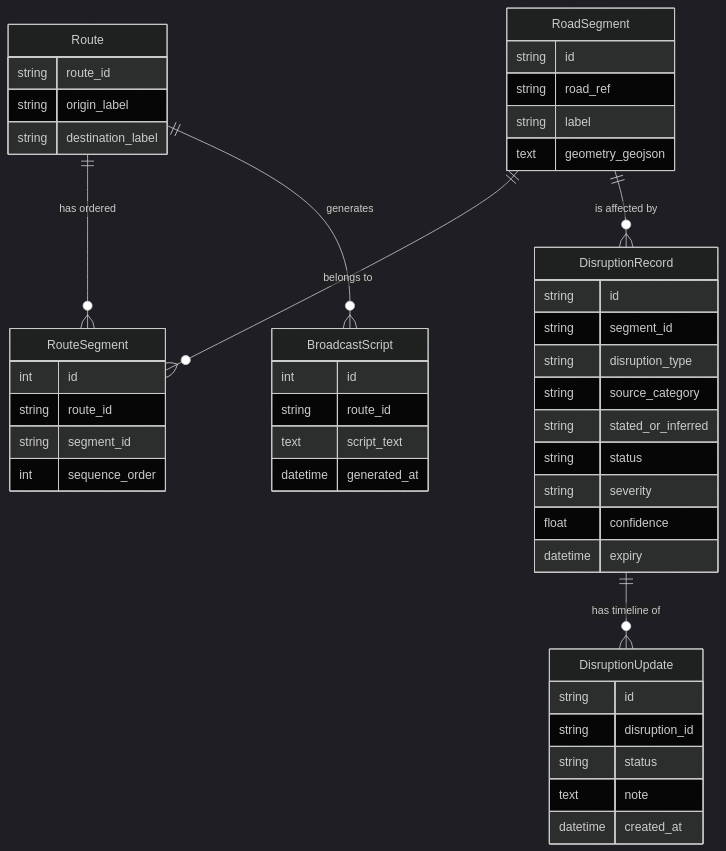
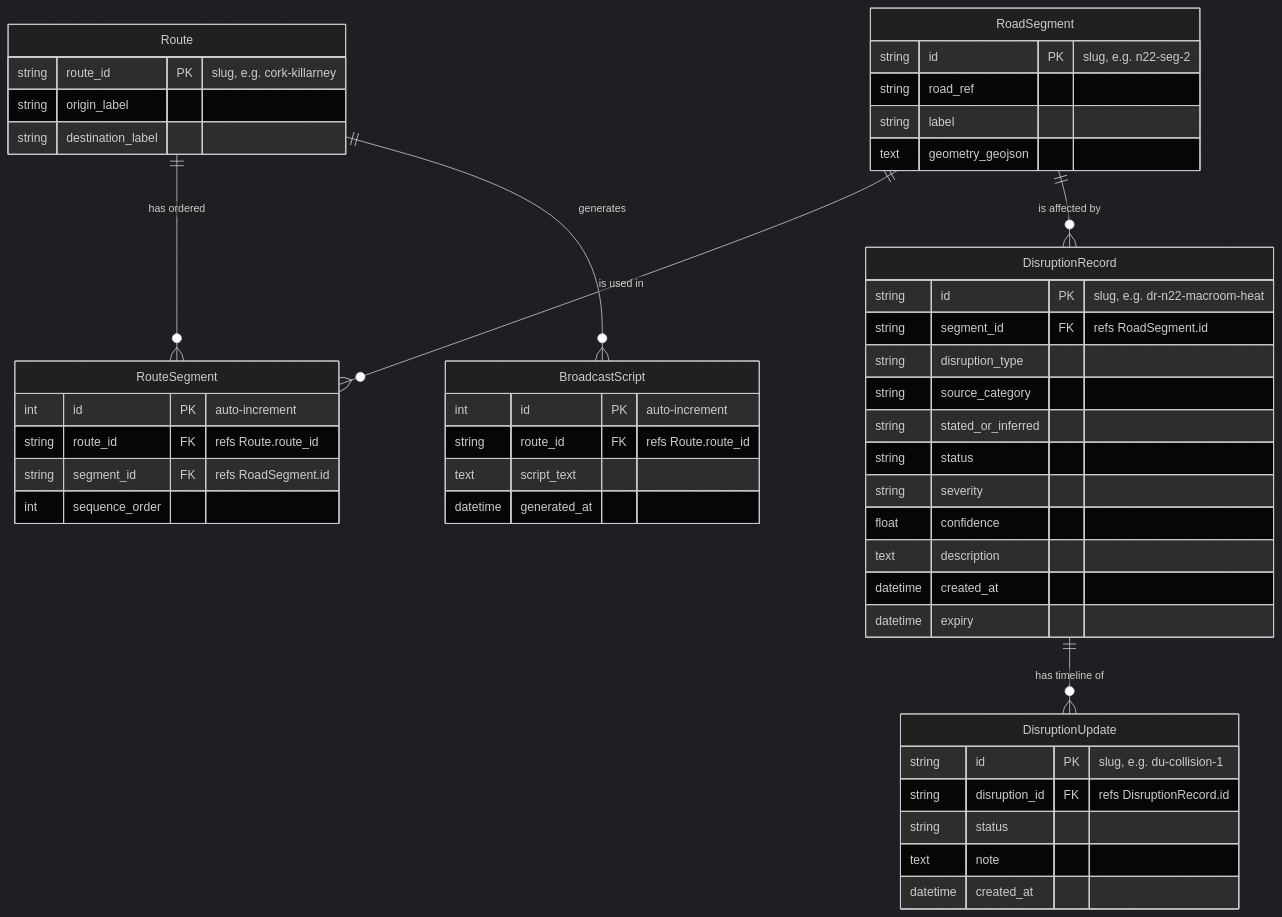
Before and after one commit to claraPochama/swiftly-mvp-road-disruption-intelligence-system: the second of 9 diagrams in backend/Swiftly_Backend_Documentation.md, drawn with Mermaid (dark theme). The commit also changed other lines of this file, not shown here.

Commit message:
minor edit in backend doc

````diff
--- a/backend/Swiftly_Backend_Documentation.md
+++ b/backend/Swiftly_Backend_Documentation.md
@@ -145,50 +145,52 @@
 ```mermaid
 erDiagram
     Route ||--o{ RouteSegment : "has ordered"
-    RoadSegment ||--o{ RouteSegment : "belongs to"
+    RoadSegment ||--o{ RouteSegment : "is used in"
     RoadSegment ||--o{ DisruptionRecord : "is affected by"
     DisruptionRecord ||--o{ DisruptionUpdate : "has timeline of"
     Route ||--o{ BroadcastScript : "generates"
 
     Route {
-        string route_id
+        string route_id PK "slug, e.g. cork-killarney"
         string origin_label
         string destination_label
     }
     RoadSegment {
-        string id
+        string id PK "slug, e.g. n22-seg-2"
         string road_ref
         string label
         text geometry_geojson
     }
     RouteSegment {
-        int id
-        string route_id
-        string segment_id
+        int id PK "auto-increment"
+        string route_id FK "refs Route.route_id"
+        string segment_id FK "refs RoadSegment.id"
         int sequence_order
     }
     DisruptionRecord {
-        string id
-        string segment_id
+        string id PK "slug, e.g. dr-n22-macroom-heat"
+        string segment_id FK "refs RoadSegment.id"
         string disruption_type
         string source_category
         string stated_or_inferred
         string status
         string severity
         float confidence
+        text description
+        datetime created_at
         datetime expiry
     }
     DisruptionUpdate {
-        string id
-        string disruption_id
+        string id PK "slug, e.g. du-collision-1"
+        string disruption_id FK "refs DisruptionRecord.id"
         string status
         text note
         datetime created_at
     }
     BroadcastScript {
-        int id
-        string route_id
+        int id PK "auto-increment"
+        string route_id FK "refs Route.route_id"
         text script_text
         datetime generated_at
     }
 ```
````
